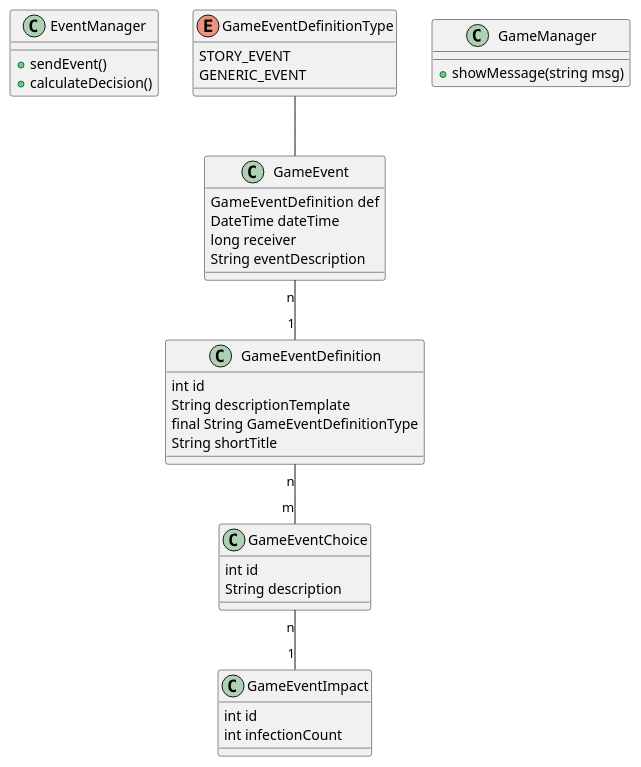
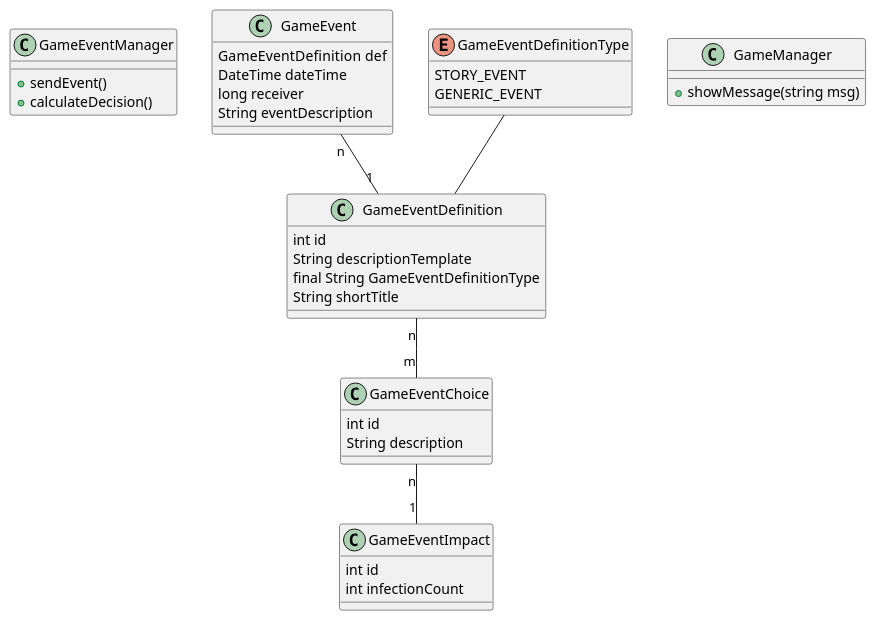
The diagram in design/class_diagrams/class_diagram.puml (Walnussbaer/SurvCovid), drawn with PlantUML before and after one commit. The commit also changed 12 other files, not shown here.

Commit message:
implemented persistence layer for event functionality and general game logic components

```diff
--- a/design/class_diagrams/class_diagram.puml
+++ b/design/class_diagrams/class_diagram.puml
@@ -1,79 +1,79 @@
 @startuml
 
-class EventManager {
+class GameEventManager {
 + sendEvent()
 + calculateDecision()
 }
 
 class GameEvent {
 GameEventDefinition  def
 DateTime dateTime
 long receiver
 String eventDescription
 }
 
 class GameEventDefinition {
 int id
 String descriptionTemplate
 final String GameEventDefinitionType
 String shortTitle
 }
 
 
 class GameEventChoice {
 int id
 String description
 
 }
 
 class GameEventImpact {
 int id
 int infectionCount
 }
 
 enum GameEventDefinitionType {
 
 STORY_EVENT
 GENERIC_EVENT
 
 }
 
 class GameManager {
 +showMessage(string msg)
 }
 
 /'
 class GameEventChoiceRepository {
 +getChoices(def GameEventDefinition )
 
 } '/
 
 /'class GameEventImpactRepository {
 +getImpact(def GameEventChoice )
 
 } '/
 
 /'class User {
   .. Simple Getter ..
   + register()
   + getAddress()
   .. Some setter ..
   + setName()
    private data 
   int age
   int id
   int number
   int points
   public data 
   string name
 
 } '/
 
 
 GameEventDefinition "n" -- "m" GameEventChoice 
 GameEvent "n"-- "1" GameEventDefinition
 GameEventChoice "n" -- "1" GameEventImpact
 
-GameEventDefinitionType -- GameEvent
+GameEventDefinitionType -- GameEventDefinition
 
 @enduml
```
